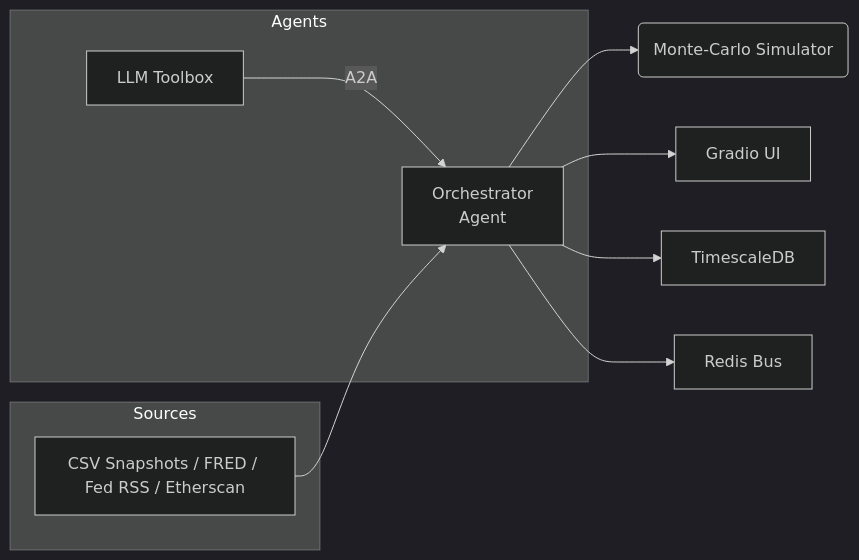
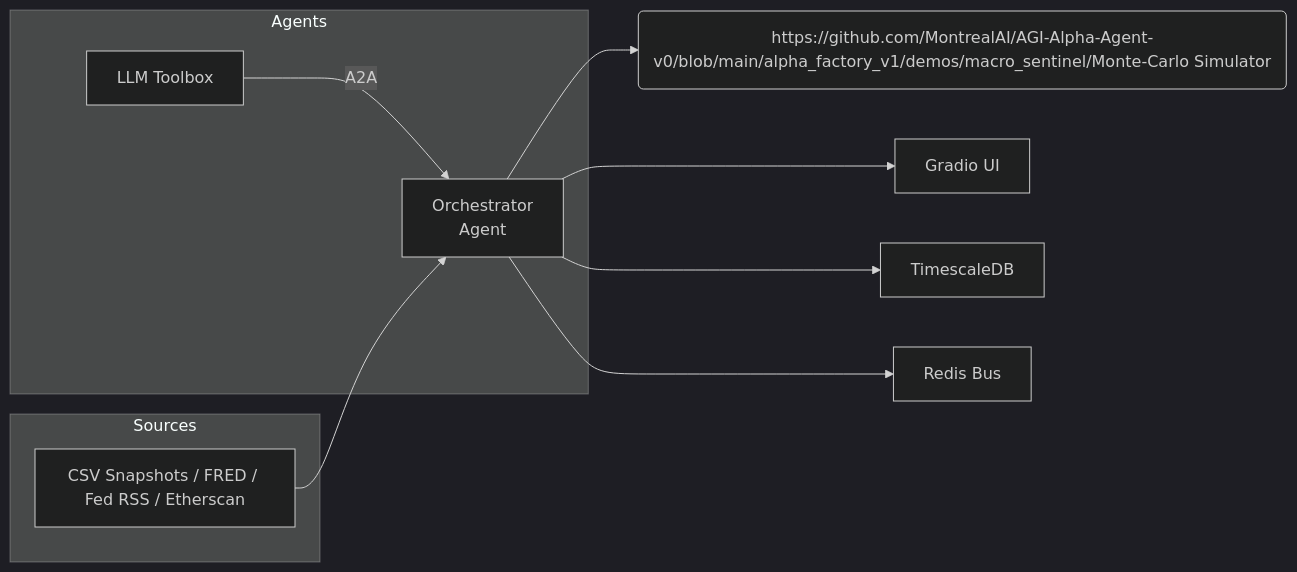
The diagram in docs/demos/macro_sentinel.md (MontrealAI/AGI-Alpha-Agent-v0), drawn with Mermaid (dark theme) before and after one commit. The commit also changed other lines of this file and 22 other files, not shown here.

````diff
--- a/docs/demos/macro_sentinel.md
+++ b/docs/demos/macro_sentinel.md
@@ -38,15 +38,15 @@
 ```mermaid
 flowchart LR
     subgraph Agents
         A[LLM Toolbox] -->|A2A| B[Orchestrator<br/>Agent]
     end
-    B --> C(Monte‑Carlo Simulator)
+    B --> C(https://github.com/MontrealAI/AGI-Alpha-Agent-v0/blob/main/alpha_factory_v1/demos/macro_sentinel/Monte‑Carlo Simulator)
     B --> D[Gradio UI]
     B --> E[TimescaleDB]
     B --> F[Redis Bus]
 
     subgraph Sources
         G[CSV Snapshots / FRED / Fed RSS / Etherscan]
     end
     G --> B
 ```
````
